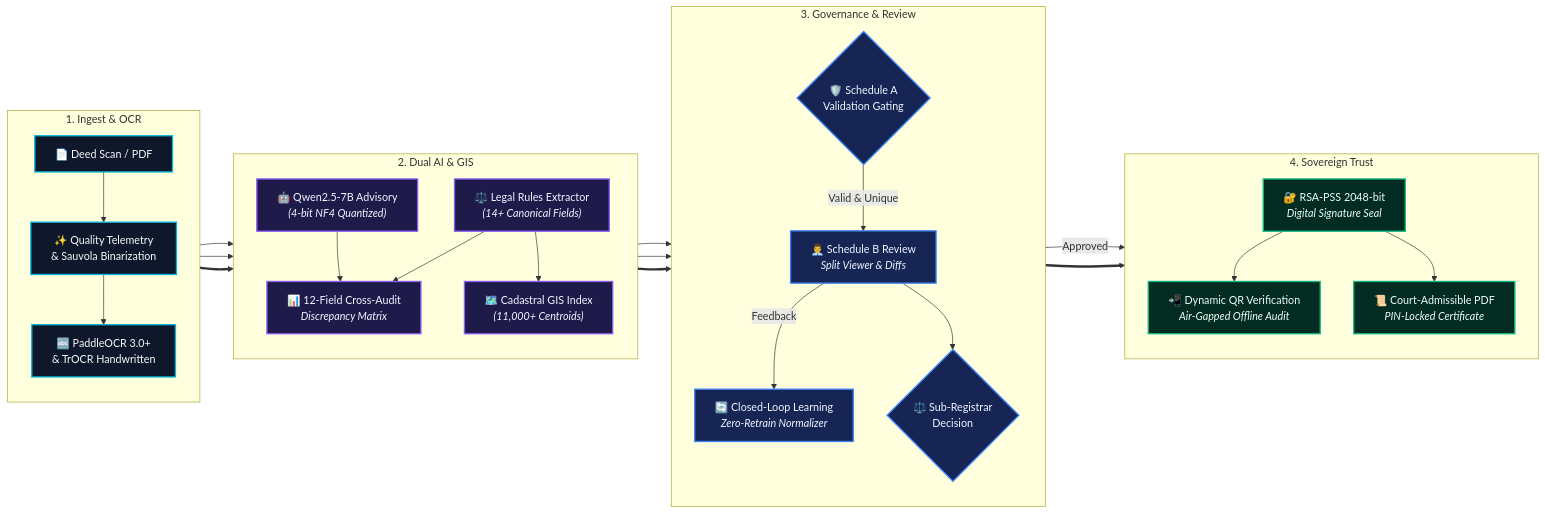
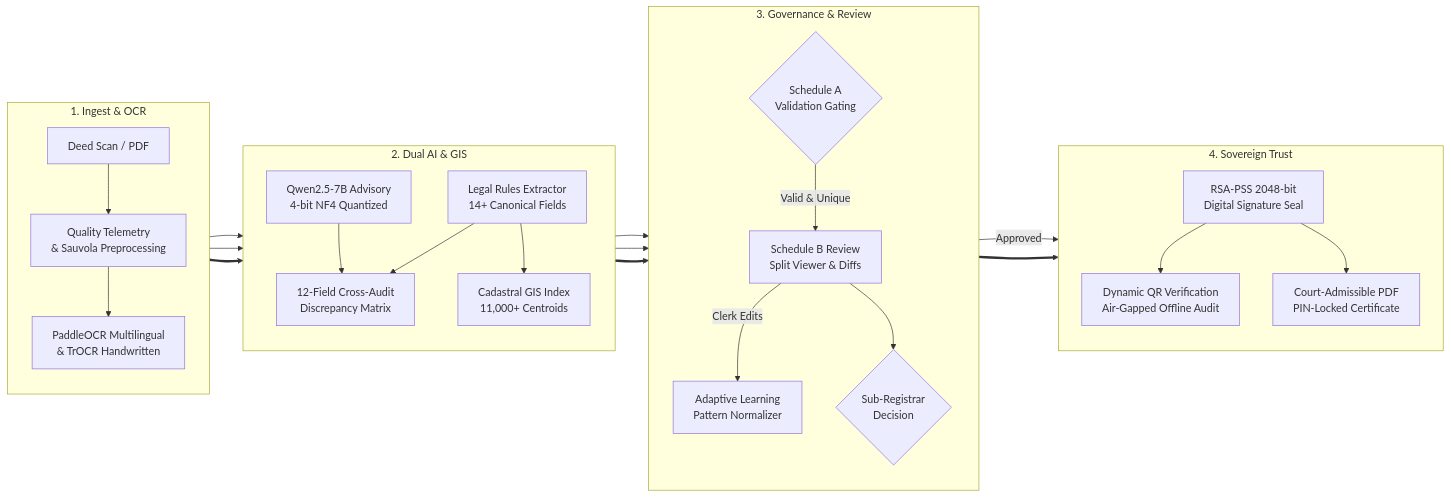
One commit to saiujwal-hub/land-digitiztion changed the first of 2 diagrams in README.md. Above: the diagram before and after it, drawn with Mermaid. The commit also changed other lines of this file, not shown here.

Commit message:
style: switch flowcharts to clean neutral monochrome diagrams without colors

````diff
--- a/README.md
+++ b/README.md
@@ -34,43 +34,33 @@
 ```mermaid
 flowchart LR
     subgraph P1 ["1. Ingest & OCR"]
         direction TB
-        IN["📄 Deed Scan / PDF"] --> PRE["✨ Quality Telemetry<br/>& Sauvola Binarization"]
-        PRE --> OCR["🔤 PaddleOCR 3.0+<br/>& TrOCR Handwritten"]
+        IN["Deed Scan / PDF"] --> PRE["Quality Telemetry<br/>& Sauvola Preprocessing"]
+        PRE --> OCR["PaddleOCR Multilingual<br/>& TrOCR Handwritten"]
     end
 
     subgraph P2 ["2. Dual AI & GIS"]
         direction TB
-        OCR --> RULE["⚖️ Legal Rules Extractor<br/><i>(14+ Canonical Fields)</i>"]
-        OCR --> LLM["🤖 Qwen2.5-7B Advisory<br/><i>(4-bit NF4 Quantized)</i>"]
-        RULE & LLM --> DIFF["📊 12-Field Cross-Audit<br/><i>Discrepancy Matrix</i>"]
-        RULE --> GIS["🗺️ Cadastral GIS Index<br/><i>(11,000+ Centroids)</i>"]
+        OCR --> RULE["Legal Rules Extractor<br/>14+ Canonical Fields"]
+        OCR --> LLM["Qwen2.5-7B Advisory<br/>4-bit NF4 Quantized"]
+        RULE & LLM --> DIFF["12-Field Cross-Audit<br/>Discrepancy Matrix"]
+        RULE --> GIS["Cadastral GIS Index<br/>11,000+ Centroids"]
     end
 
     subgraph P3 ["3. Governance & Review"]
         direction TB
-        DIFF & GIS --> GATE{"🛡️ Schedule A<br/>Validation Gating"}
-        GATE -->|"Valid & Unique"| CLERK["👨‍💼 Schedule B Review<br/><i>Split Viewer & Diffs</i>"]
-        CLERK -->|"Feedback"| ADAPT["🔄 Closed-Loop Learning<br/><i>Zero-Retrain Normalizer</i>"]
-        CLERK --> APPR{"⚖️ Sub-Registrar<br/>Decision"}
+        DIFF & GIS --> GATE{"Schedule A<br/>Validation Gating"}
+        GATE -->|"Valid & Unique"| CLERK["Schedule B Review<br/>Split Viewer & Diffs"]
+        CLERK -->|"Clerk Edits"| ADAPT["Adaptive Learning<br/>Pattern Normalizer"]
+        CLERK --> APPR{"Sub-Registrar<br/>Decision"}
     end
 
     subgraph P4 ["4. Sovereign Trust"]
         direction TB
-        APPR -->|"Approved"| SEAL["🔐 RSA-PSS 2048-bit<br/><i>Digital Signature Seal</i>"]
-        SEAL --> QR["📲 Dynamic QR Verification<br/><i>Air-Gapped Offline Audit</i>"]
-        SEAL --> PDF["📜 Court-Admissible PDF<br/><i>PIN-Locked Certificate</i>"]
+        APPR -->|"Approved"| SEAL["RSA-PSS 2048-bit<br/>Digital Signature Seal"]
+        SEAL --> QR["Dynamic QR Verification<br/>Air-Gapped Offline Audit"]
+        SEAL --> PDF["Court-Admissible PDF<br/>PIN-Locked Certificate"]
     end
 
     P1 ==> P2 ==> P3 ==> P4
-
-    classDef stage1 fill:#0f172a,stroke:#06b6d4,stroke-width:2px,color:#f8fafc;
-    classDef stage2 fill:#1e1b4b,stroke:#8b5cf6,stroke-width:2px,color:#f5f3ff;
-    classDef stage3 fill:#172554,stroke:#3b82f6,stroke-width:2px,color:#eff6ff;
-    classDef stage4 fill:#022c22,stroke:#10b981,stroke-width:2px,color:#ecfdf5;
-
-    class IN,PRE,OCR stage1;
-    class RULE,LLM,DIFF,GIS stage2;
-    class GATE,CLERK,ADAPT,APPR stage3;
-    class SEAL,QR,PDF stage4;
 ```
````
